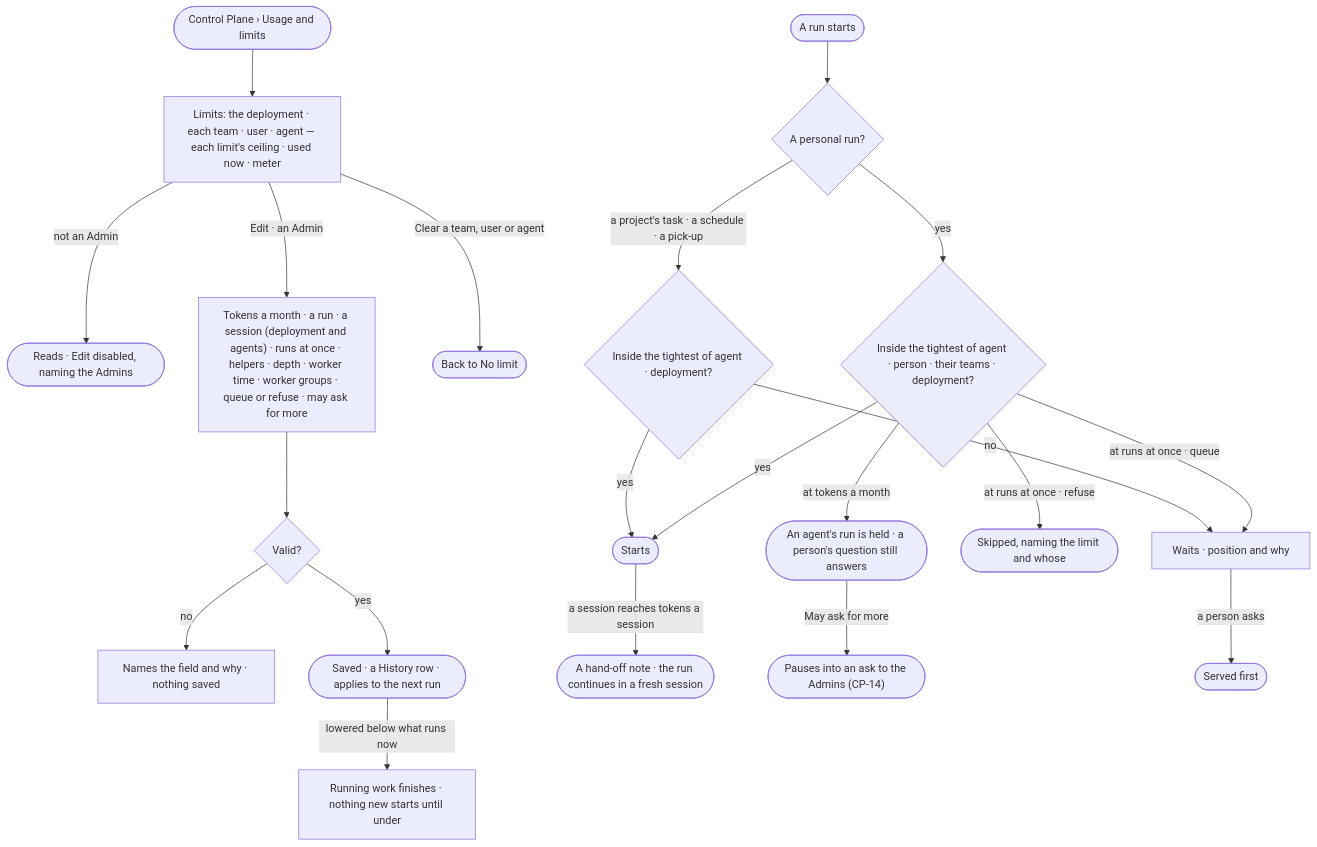
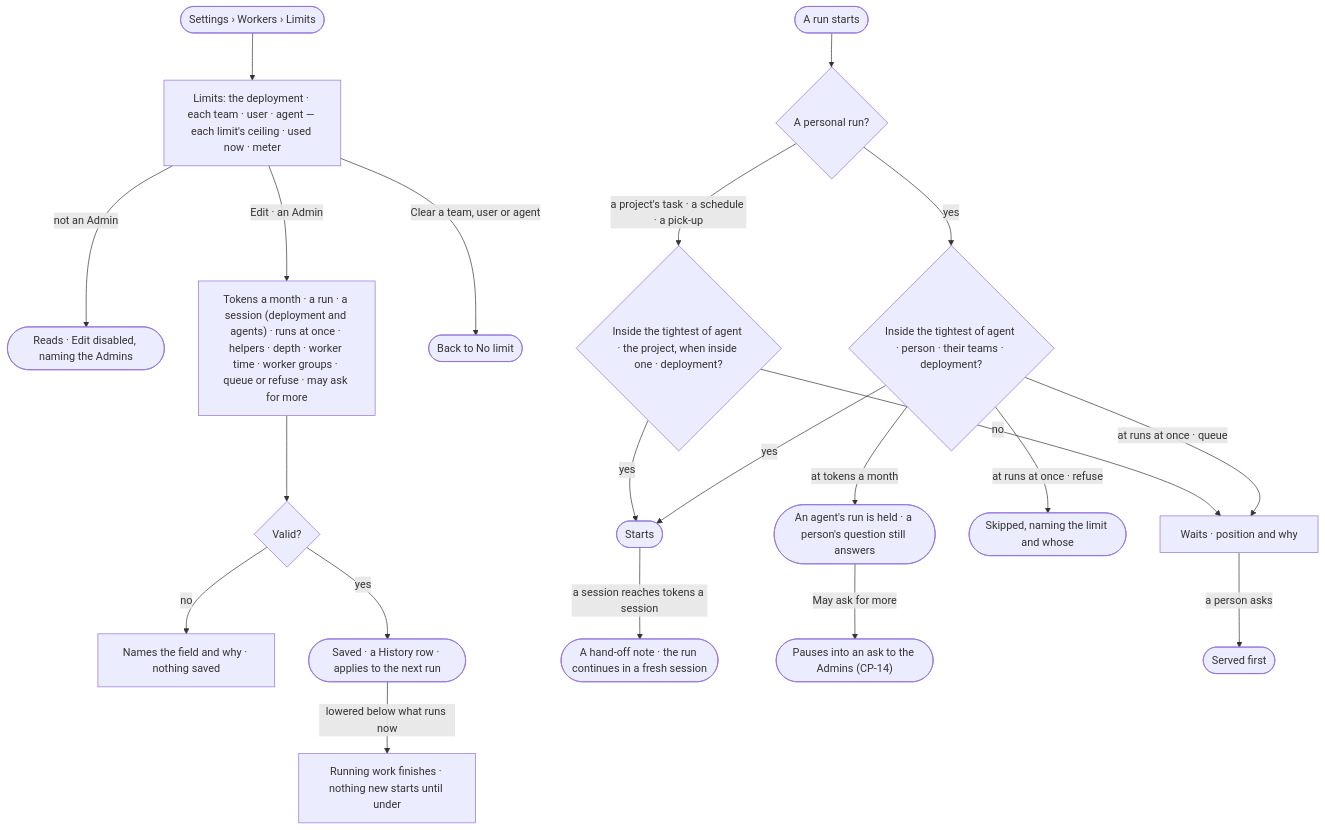
The diagram in specs/os/control/features/CP-F04-limits/stories/CP-11-set-limits-for-the-deployment-a-team-a-user-or-an-agent/story.md (invana/invana), drawn with Mermaid before and after one commit. The commit also changed other lines of this file and 456 other files, not shown here.

````diff
--- a/specs/os/control/features/CP-F04-limits/stories/CP-11-set-limits-for-the-deployment-a-team-a-user-or-an-agent/story.md
+++ b/specs/os/control/features/CP-F04-limits/stories/CP-11-set-limits-for-the-deployment-a-team-a-user-or-an-agent/story.md
@@ -27,23 +28,23 @@
 ```mermaid
 flowchart TD
-  s([Control Plane › Usage and limits]) --> t["Limits: the deployment · each team · user · agent — each limit's ceiling · used now · meter"]
+  s([Settings › Workers › Limits]) --> t["Limits: the deployment · each team · user · agent — each limit's ceiling · used now · meter"]
   t -->|not an Admin| ro(["Reads · Edit disabled, naming the Admins"])
   t -->|Edit · an Admin| e["Tokens a month · a run · a session (deployment and agents) · runs at once · helpers · depth · worker time · worker groups · queue or refuse · may ask for more"]
   e --> v{"Valid?"}
   v -->|no| vf["Names the field and why · nothing saved"]
   v -->|yes| sv(["Saved · a History row · applies to the next run"])
   sv -->|lowered below what runs now| lo["Running work finishes · nothing new starts until under"]
   t -->|Clear a team, user or agent| cl(["Back to No limit"])
   run([A run starts]) --> pr{"A personal run?"}
   pr -->|yes| b{"Inside the tightest of agent · person · their teams · deployment?"}
-  pr -->|a project's task · a schedule · a pick-up| b2{"Inside the tightest of agent · deployment?"}
+  pr -->|a project's task · a schedule · a pick-up| b2{"Inside the tightest of agent · the project, when inside one · deployment?"}
   b2 -->|yes| go
   b2 -->|no| q
   go -->|a session reaches tokens a session| ct(["A hand-off note · the run continues in a fresh session"])
   b -->|yes| go(["Starts"])
   b -->|at runs at once · queue| q["Waits · position and why"]
   b -->|at runs at once · refuse| r(["Skipped, naming the limit and whose"])
   b -->|at tokens a month| h(["An agent's run is held · a person's question still answers"])
   h -->|May ask for more| ask(["Pauses into an ask to the Admins (CP-14)"])
   q -->|a person asks| p(["Served first"])
 ```
````
